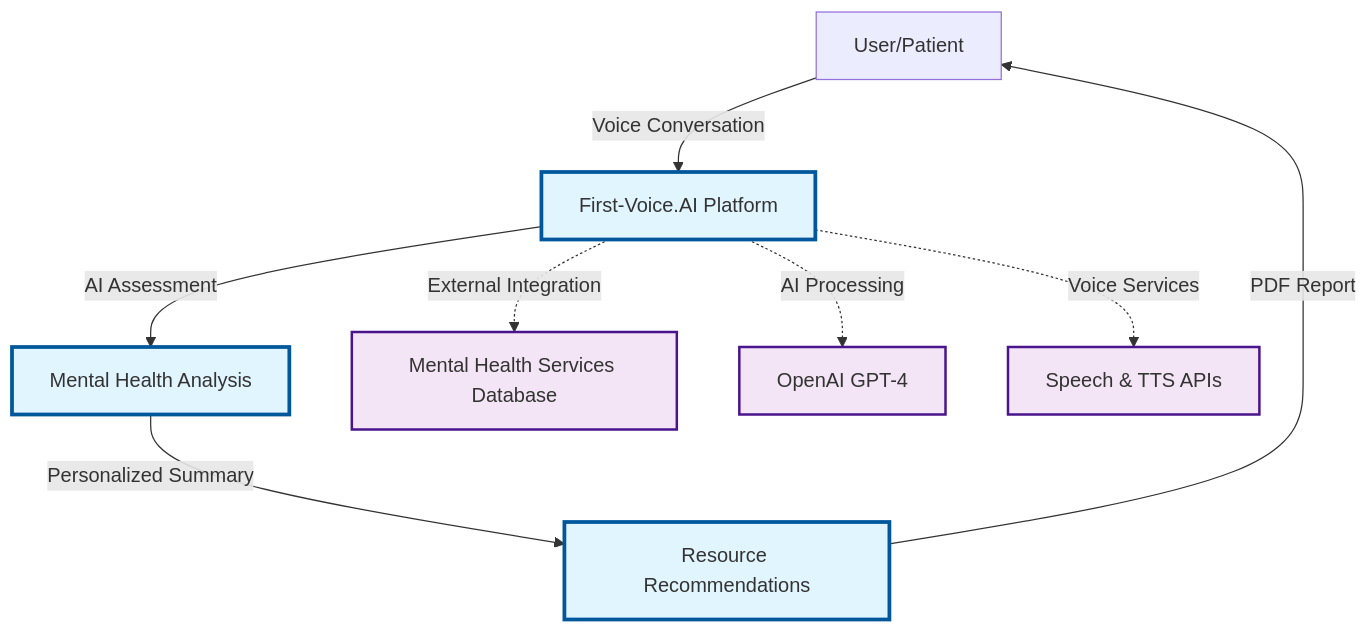
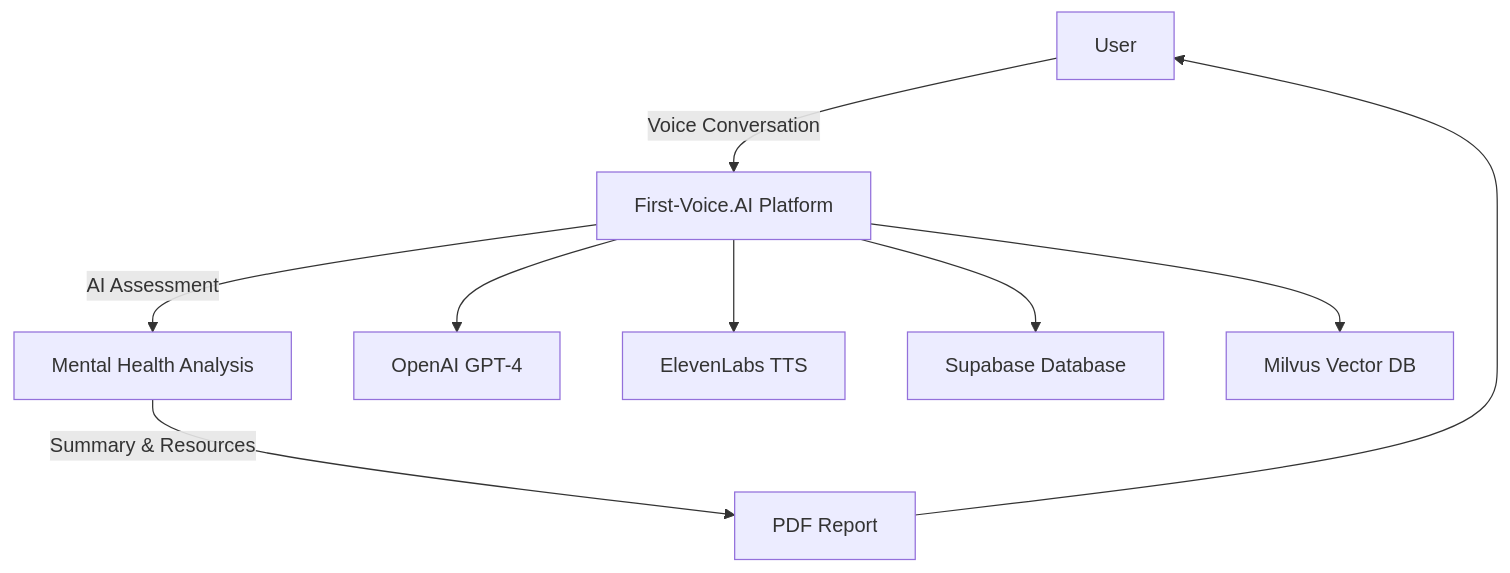
One commit to ronitbatra/First-Voice.AI changed the first of 2 diagrams in docs/high-level.md. Above: the diagram before and after it, drawn with Mermaid. The commit also changed other lines of this file, not shown here.

````diff
--- a/docs/high-level.md
+++ b/docs/high-level.md
@@ -5,18 +5,12 @@
 ```mermaid
 graph TD
-    A[User/Patient] -->|Voice Conversation| B[First-Voice.AI Platform]
+    A[User] -->|Voice Conversation| B[First-Voice.AI Platform]
     B -->|AI Assessment| C[Mental Health Analysis]
-    C -->|Personalized Summary| D[Resource Recommendations]
-    D -->|PDF Report| A
+    C -->|Summary & Resources| D[PDF Report]
+    D --> A
     
-    B -.->|External Integration| E[Mental Health Services Database]
-    B -.->|AI Processing| F[OpenAI GPT-4]
-    B -.->|Voice Services| G[Speech & TTS APIs]
-    
-    style B fill:#e1f5fe,stroke:#01579b,stroke-width:3px
-    style C fill:#e1f5fe,stroke:#01579b,stroke-width:3px
-    style D fill:#e1f5fe,stroke:#01579b,stroke-width:3px
-    
-    classDef external fill:#f3e5f5,stroke:#4a148c,stroke-width:2px
-    class E,F,G external
+    B --> E[OpenAI GPT-4]
+    B --> F[ElevenLabs TTS]
+    B --> G[Supabase Database]
+    B --> H[Milvus Vector DB]
 ```
````
